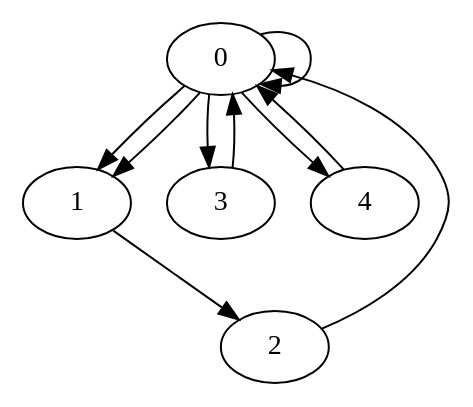
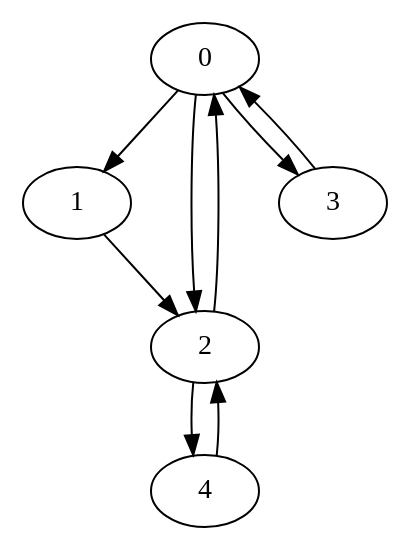
The diagram in hw4/dot_file/graph1.dot (HennyJie/CS570-DataMining), drawn with Graphviz before and after one commit. The commit also changed 9 other files, not shown here.

Commit message:
generated graphs

```diff
--- a/hw4/dot_file/graph1.dot
+++ b/hw4/dot_file/graph1.dot
@@ -1,11 +1,10 @@
-digraph "" {
-	0 -> 0
-	0 -> 1
-	0 -> 1
-	0 -> 3
-	0 -> 4
-	1 -> 2
-	2 -> 0
-	3 -> 0
-	4 -> 0
+digraph {
+0 -> 1 
+0 -> 2 
+0 -> 3 
+1 -> 2 
+2 -> 0 
+2 -> 4 
+3 -> 0 
+4 -> 2 
 }
```
